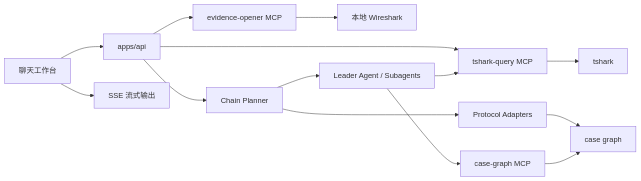
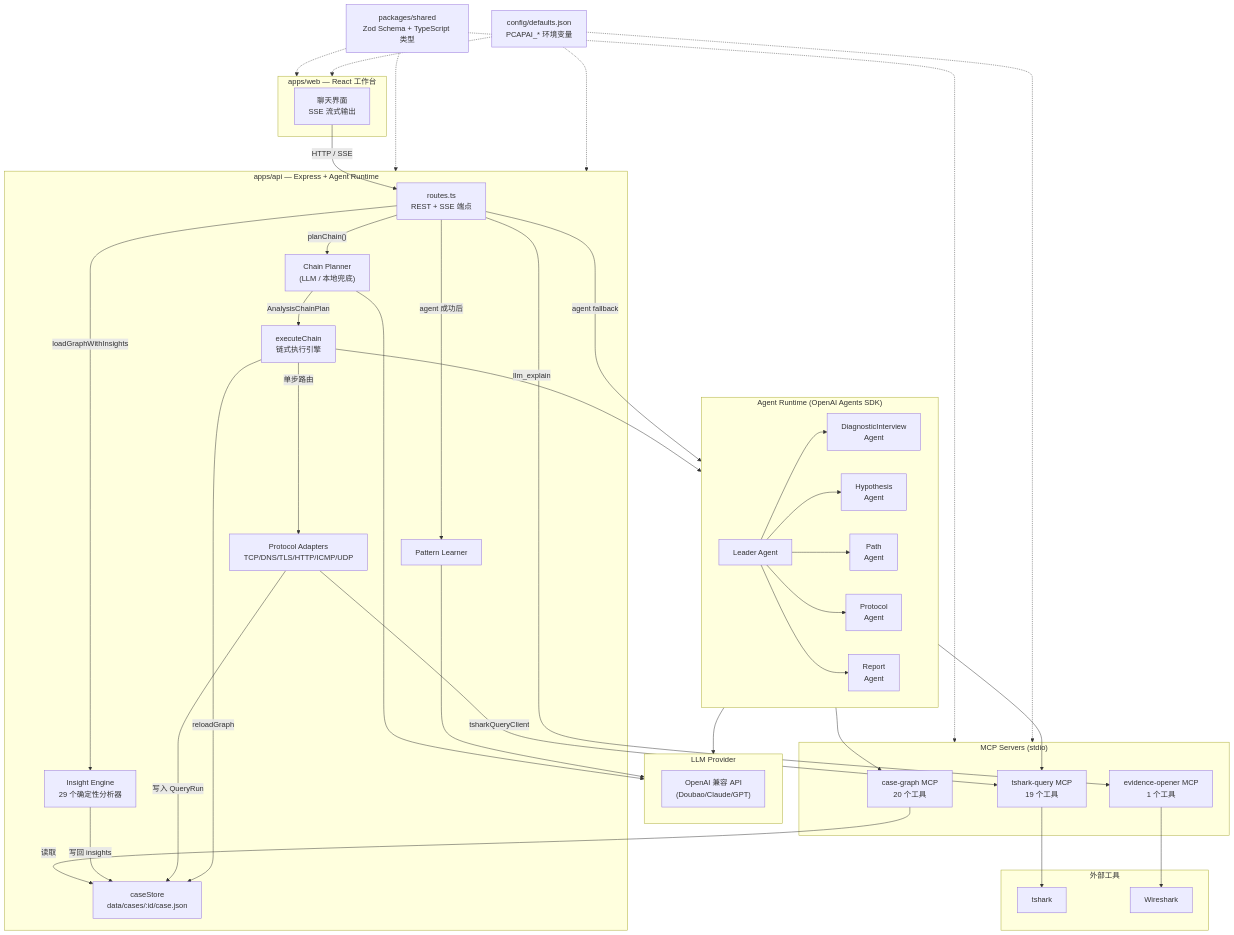
Before and after one commit to Matthewyin/pcapai: the diagram in docs/architecture.md, drawn with Mermaid. The commit also changed other lines of this file, not shown here.

First line of the commit message:
docs: rewrite architecture.md with accurate component diagram

````diff
--- a/docs/architecture.md
+++ b/docs/architecture.md
@@ -9,16 +9,78 @@
 ```mermaid
-flowchart LR
-  Web["聊天工作台"] --> API["apps/api"]
-  API --> Query["tshark-query MCP"]
-  API --> Opener["evidence-opener MCP"]
-  Query --> Tshark["tshark"]
-  Opener --> Wireshark["本地 Wireshark"]
-  API --> Planner["Chain Planner"]
-  Planner --> Adapters["Protocol Adapters"]
-  Planner --> Agent["Leader Agent / Subagents"]
-  Adapters --> Graph["case graph"]
-  Agent --> CaseGraph["case-graph MCP"]
-  Agent --> Query
-  CaseGraph --> Graph
-  Web --> SSE["SSE 流式输出"]
+flowchart TB
+  subgraph Web["apps/web — React 工作台"]
+    UI["聊天界面<br/>SSE 流式输出"]
+  end
+
+  subgraph API["apps/api — Express + Agent Runtime"]
+    Router["routes.ts<br/>REST + SSE 端点"]
+    Planner["Chain Planner<br/>(LLM / 本地兜底)"]
+    ChainExec["executeChain<br/>链式执行引擎"]
+    Adapters["Protocol Adapters<br/>TCP/DNS/TLS/HTTP/ICMP/UDP"]
+    InsightEng["Insight Engine<br/>29 个确定性分析器"]
+    PatternLearner["Pattern Learner"]
+    CaseStore["caseStore<br/>data/cases/:id/case.json"]
+  end
+
+  subgraph LLM["LLM Provider"]
+    Model["OpenAI 兼容 API<br/>(Doubao/Claude/GPT)"]
+  end
+
+  subgraph AgentRuntime["Agent Runtime (OpenAI Agents SDK)"]
+    Leader["Leader Agent"]
+    Triage["DiagnosticInterview<br/>Agent"]
+    Hypo["Hypothesis<br/>Agent"]
+    PathA["Path<br/>Agent"]
+    Proto["Protocol<br/>Agent"]
+    Report["Report<br/>Agent"]
+    Leader --> Triage
+    Leader --> Hypo
+    Leader --> PathA
+    Leader --> Proto
+    Leader --> Report
+  end
+
+  subgraph MCP["MCP Servers (stdio)"]
+    CG["case-graph MCP<br/>20 个工具"]
+    TQ["tshark-query MCP<br/>19 个工具"]
+    EO["evidence-opener MCP<br/>1 个工具"]
+  end
+
+  subgraph External["外部工具"]
+    Tshark["tshark"]
+    Wireshark["Wireshark"]
+  end
+
+  UI -->|"HTTP / SSE"| Router
+  Router -->|"planChain()"| Planner
+  Planner -->|"AnalysisChainPlan"| ChainExec
+  Planner --> LLM
+  ChainExec -->|"单步路由"| Adapters
+  ChainExec -->|"llm_explain"| AgentRuntime
+  Router -->|"agent fallback"| AgentRuntime
+  AgentRuntime --> LLM
+
+  Adapters -->|"tsharkQueryClient"| TQ
+  AgentRuntime --> CG
+  AgentRuntime --> TQ
+  Router --> EO
+
+  TQ --> Tshark
+  EO --> Wireshark
+
+  CG -->|"读取"| CaseStore
+  Router -->|"loadGraphWithInsights"| InsightEng
+  InsightEng -->|"写回 insights"| CaseStore
+  Adapters -->|"写入 QueryRun"| CaseStore
+  ChainExec -->|"reloadGraph"| CaseStore
+
+  Router -->|"agent 成功后"| PatternLearner
+  PatternLearner --> LLM
+
+  Shared["packages/shared<br/>Zod Schema + TypeScript 类型"] -.-> API
+  Shared -.-> Web
+  Shared -.-> MCP
+  Config["config/defaults.json<br/>PCAPAI_* 环境变量"] -.-> API
+  Config -.-> Web
+  Config -.-> MCP
 ```
````
